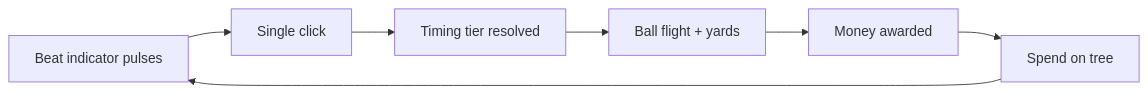
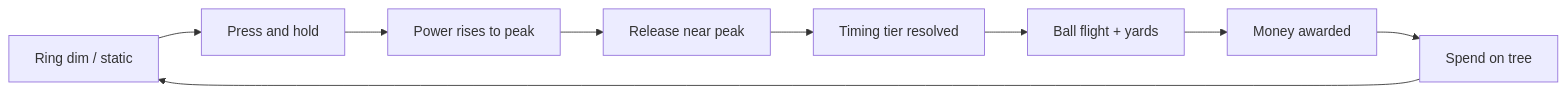
Before and after one commit to bicrick/golf_incremental: the diagram in docs/design/01-core-loop.md, drawn with Mermaid. The commit also changed other lines of this file and 18 other files, not shown here.

````diff
--- a/docs/design/01-core-loop.md
+++ b/docs/design/01-core-loop.md
@@ -7,9 +7,11 @@
 ```mermaid
 flowchart LR
-  Beat[Beat indicator pulses] --> Click[Single click]
-  Click --> Tier[Timing tier resolved]
+  Idle[Ring dim / static] --> Hold[Press and hold]
+  Hold --> Charge[Power rises to peak]
+  Charge --> Release[Release near peak]
+  Release --> Tier[Timing tier resolved]
   Tier --> Flight[Ball flight + yards]
   Flight --> Payout[Money awarded]
   Payout --> Upgrades[Spend on tree]
-  Upgrades --> Beat
+  Upgrades --> Idle
 ```
````
